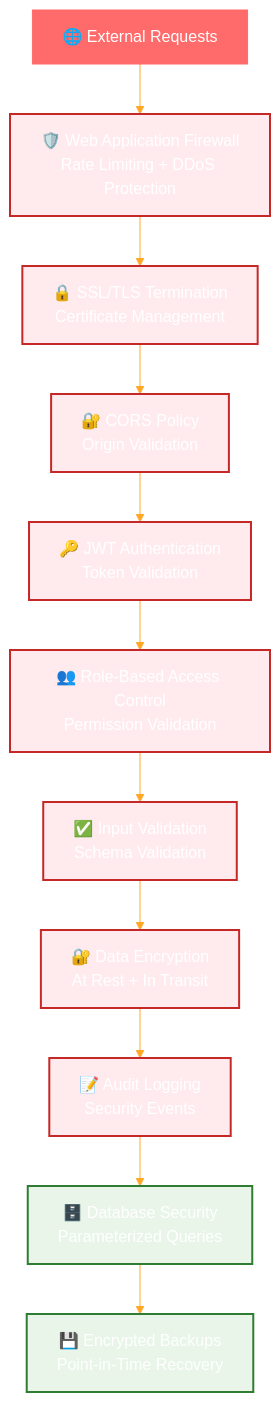
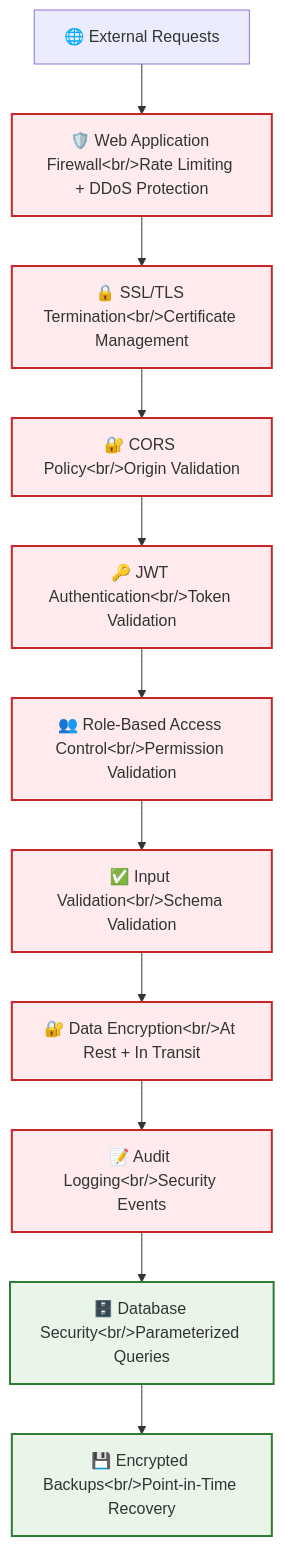
The fifth of 7 diagrams in docs/architecture/system-overview.md (abdoElHodaky/transportapp), drawn with Mermaid before and after one commit. The commit also changed other lines of this file and 10 other files, not shown here.

````diff
--- a/docs/architecture/system-overview.md
+++ b/docs/architecture/system-overview.md
@@ -322,29 +347,32 @@
 ```mermaid
-%%{init: {'theme':'base', 'themeVariables': {'primaryColor':'#ff6b6b','primaryTextColor':'#fff','primaryBorderColor':'#ff6b6b','lineColor':'#ffa726','sectionBkgColor':'#ff6b6b','altSectionBkgColor':'#fff','gridColor':'#fff','secondaryColor':'#006100','tertiaryColor':'#fff'}}}%%
+%% {init : {'theme':'base', 'themeVariables': {'primaryColor':'#ff6b6b', 'primaryTextColor':'#fff','primaryBorderColor':'#ff6b6b','lineColor':'#ffa726','sectionBkgColor':'#ff6b6b','altSectionBkgColor':'#fff','gridColor':'#fff','secondaryColor':'#006100','tertiaryColor':'#fff'}}}%% 
 graph TB
-    %% External Layer
-    EXT["🌐 External Requests"] --> WAF["🛡️ Web Application Firewall<br/>Rate Limiting + DDoS Protection"]
+    %%  External Layer
+    EXT["🌐 External Requests"] --> WAF["🛡️ Web Application Firewall&lt;br/&gt;Rate Limiting + DDoS Protection"]
     
-    %% Network Security
-    WAF --> SSL["🔒 SSL/TLS Termination<br/>Certificate Management"]
-    SSL --> CORS["🔐 CORS Policy<br/>Origin Validation"]
+    %%  Network Security
+    WAF --> SSL["🔒 SSL/TLS Termination&lt;br/&gt;Certificate Management"]
+    SSL --> CORS["🔐 CORS Policy&lt;br/&gt;Origin Validation"]
     
-    %% Application Security
-    CORS --> AUTH["🔑 JWT Authentication<br/>Token Validation"]
-    AUTH --> RBAC["👥 Role-Based Access Control<br/>Permission Validation"]
-    RBAC --> VAL["✅ Input Validation<br/>Schema Validation"]
+    %%  Application Security
+    CORS --> AUTH["🔑 JWT Authentication&lt;br/&gt;Token Validation"]
+    AUTH --> RBAC["👥 Role-Based Access Control&lt;br/&gt;Permission Validation"]
+    RBAC --> VAL["✅ Input Validation&lt;br/&gt;Schema Validation"]
     
-    %% Data Security
-    VAL --> ENC["🔐 Data Encryption<br/>At Rest + In Transit"]
-    ENC --> AUDIT["📝 Audit Logging<br/>Security Events"]
+    %%  Data Security
+    VAL --> ENC["🔐 Data Encryption&lt;br/&gt;At Rest + In Transit"]
+    ENC --> AUDIT["📝 Audit Logging&lt;br/&gt;Security Events"]
     
-    %% Database Security
-    AUDIT --> DBSEC["🗄️ Database Security<br/>Parameterized Queries"]
-    DBSEC --> BACKUP["💾 Encrypted Backups<br/>Point-in-Time Recovery"]
+    %%  Database Security
+    AUDIT --> DBSEC["🗄️ Database Security&lt;br/&gt;Parameterized Queries"]
+    DBSEC --> BACKUP["💾 Encrypted Backups&lt;br/&gt;Point-in-Time Recovery"]
     
-    classDef security fill:#ffebee,stroke:#c62828,stroke-width:2px;
-    classDef data fill:#e8f5e8,stroke:#2e7d32,stroke-width:2px;
+    classDef security fill : #ffebee, stroke:#c62828, stroke-width: 2px;
+    
+    classDef data fill : #e8f5e8, stroke:#2e7d32, stroke-width: 2px;
+    
     
     class WAF,SSL,CORS,AUTH,RBAC,VAL,ENC,AUDIT security;
     class DBSEC,BACKUP data;
+
 ```
````
